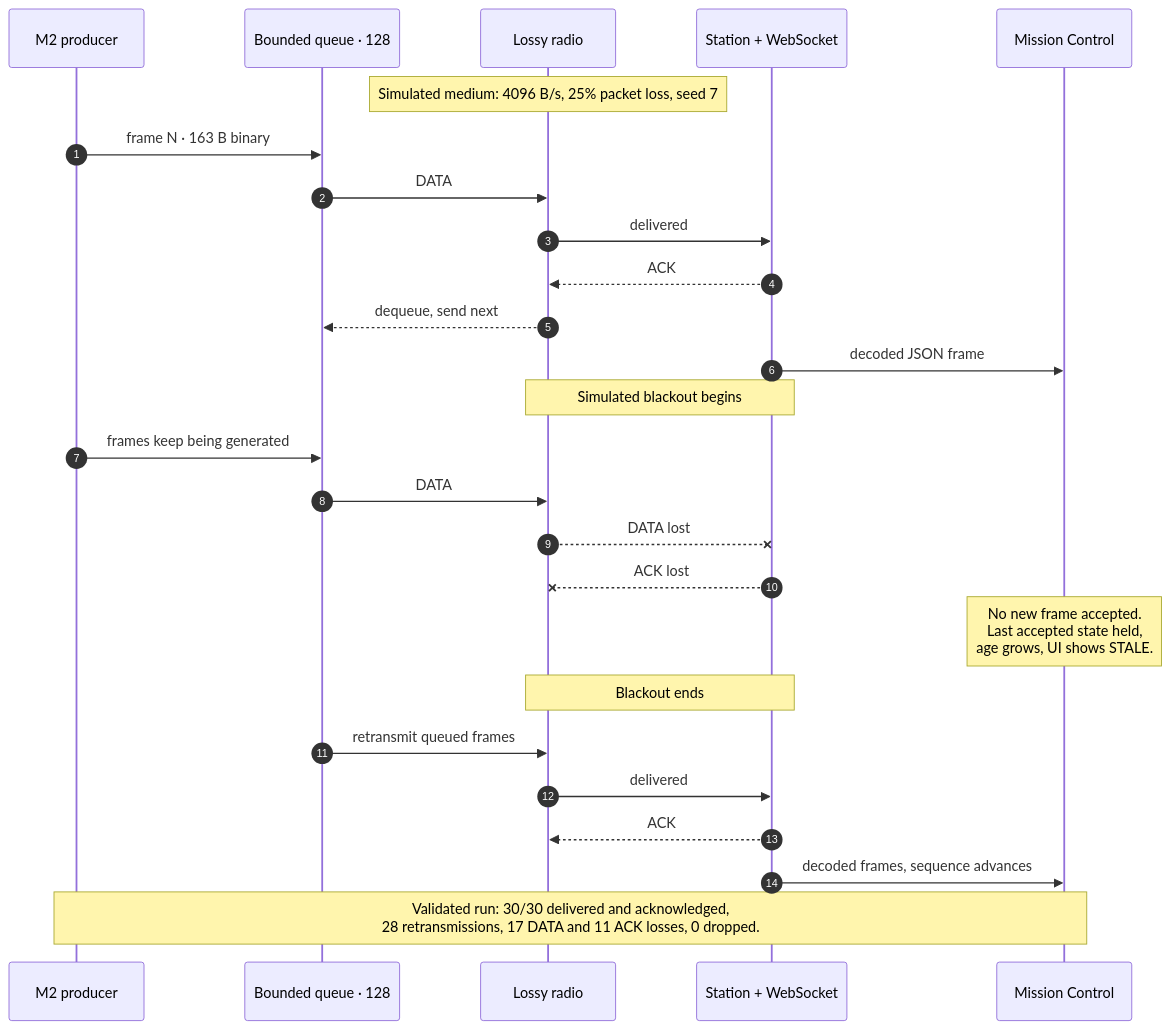
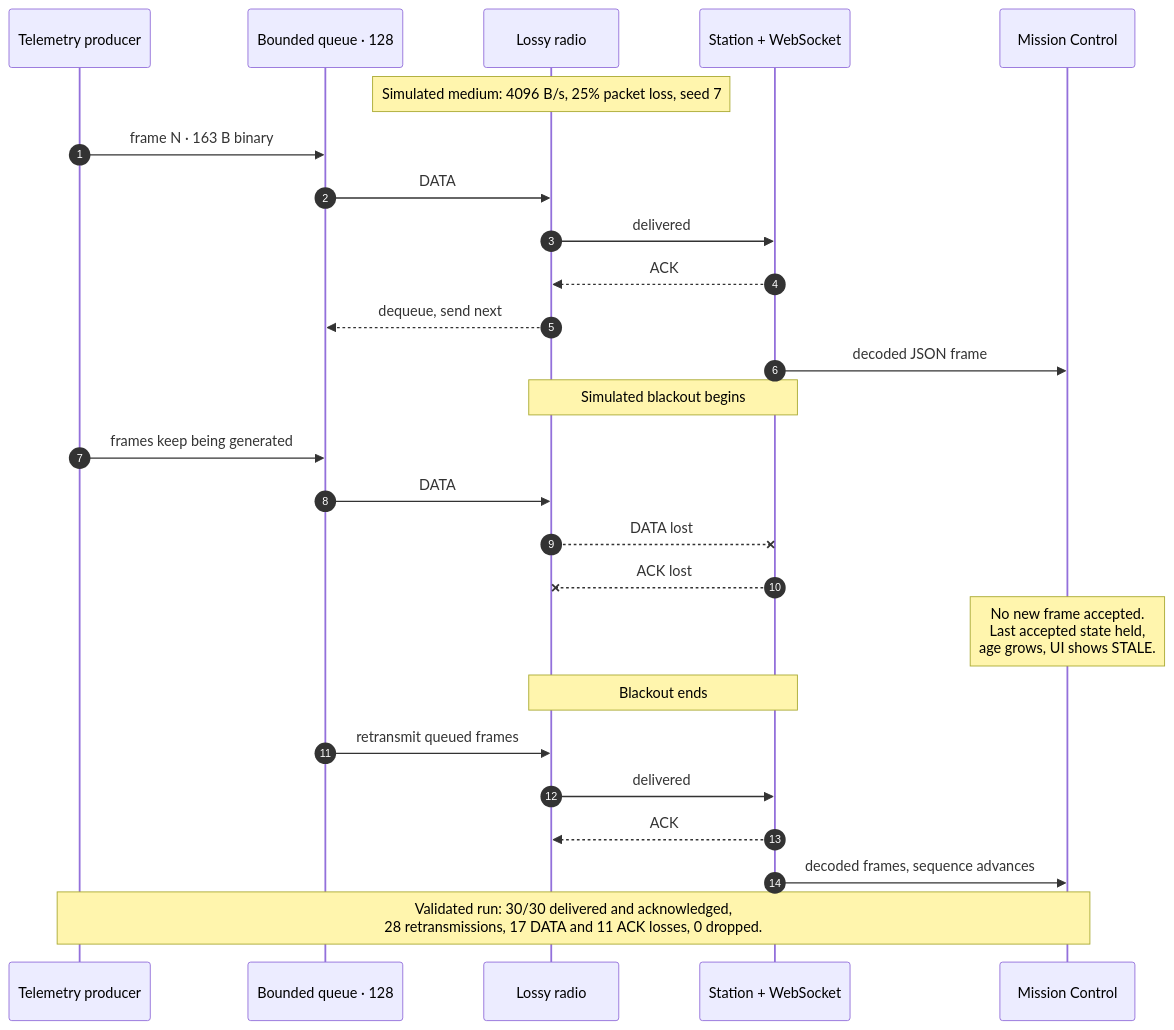
One commit to omarfh111/C.R.A.T.E.R changed the second of 3 diagrams in README.md. Above: the diagram before and after it, drawn with Mermaid. The commit also changed other lines of this file and 2 other files, not shown here.

````diff
--- a/README.md
+++ b/README.md
@@ -113,31 +113,31 @@
 ```mermaid
 sequenceDiagram
     autonumber
-    participant P as M2 producer
+    participant P as Telemetry producer
     participant Q as Bounded queue · 128
     participant R as Lossy radio
     participant S as Station + WebSocket
     participant M as Mission Control
 
     Note over R: Simulated medium: 4096 B/s, 25% packet loss, seed 7
     P->>Q: frame N · 163 B binary
     Q->>R: DATA
     R->>S: delivered
     S-->>R: ACK
     R-->>Q: dequeue, send next
     S->>M: decoded JSON frame
 
     Note over R,S: Simulated blackout begins
     P->>Q: frames keep being generated
     Q->>R: DATA
     R--xS: DATA lost
     S--xR: ACK lost
     Note over M: No new frame accepted.<br/>Last accepted state held,<br/>age grows, UI shows STALE.
 
     Note over R,S: Blackout ends
     Q->>R: retransmit queued frames
     R->>S: delivered
     S-->>R: ACK
     S->>M: decoded frames, sequence advances
     Note over P,M: Validated run: 30/30 delivered and acknowledged,<br/>28 retransmissions, 17 DATA and 11 ACK losses, 0 dropped.
 ```
````
